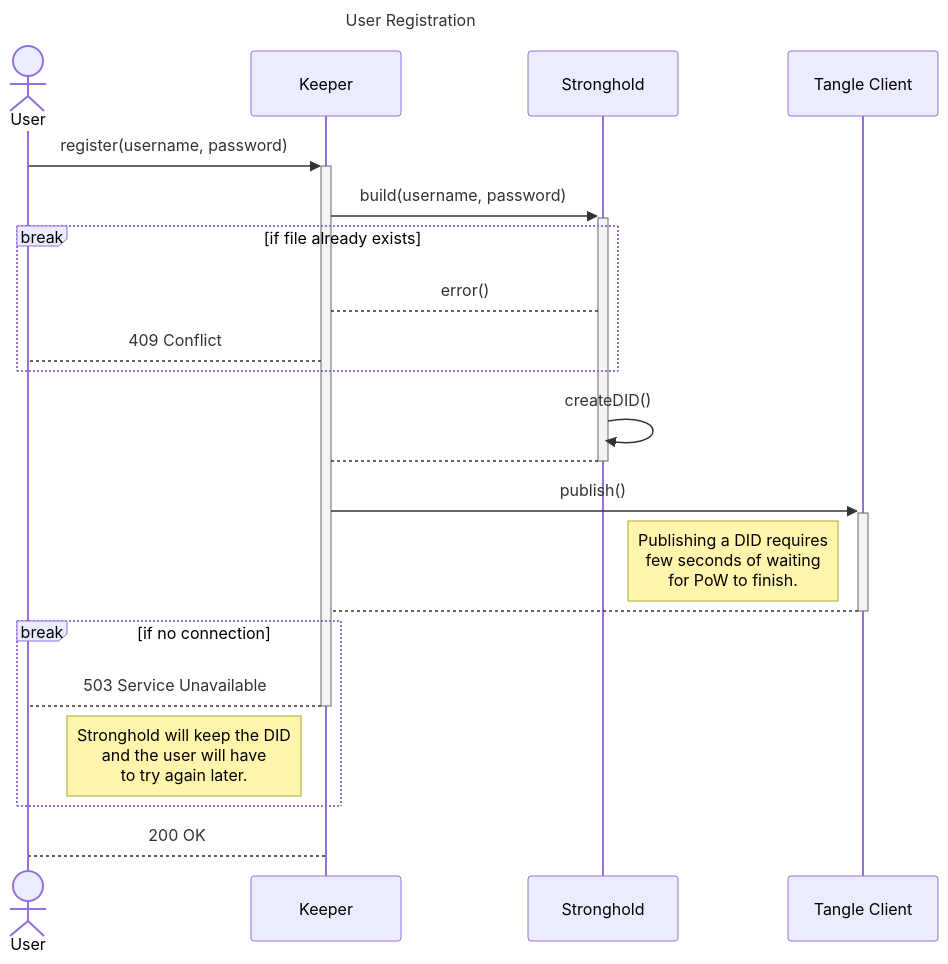
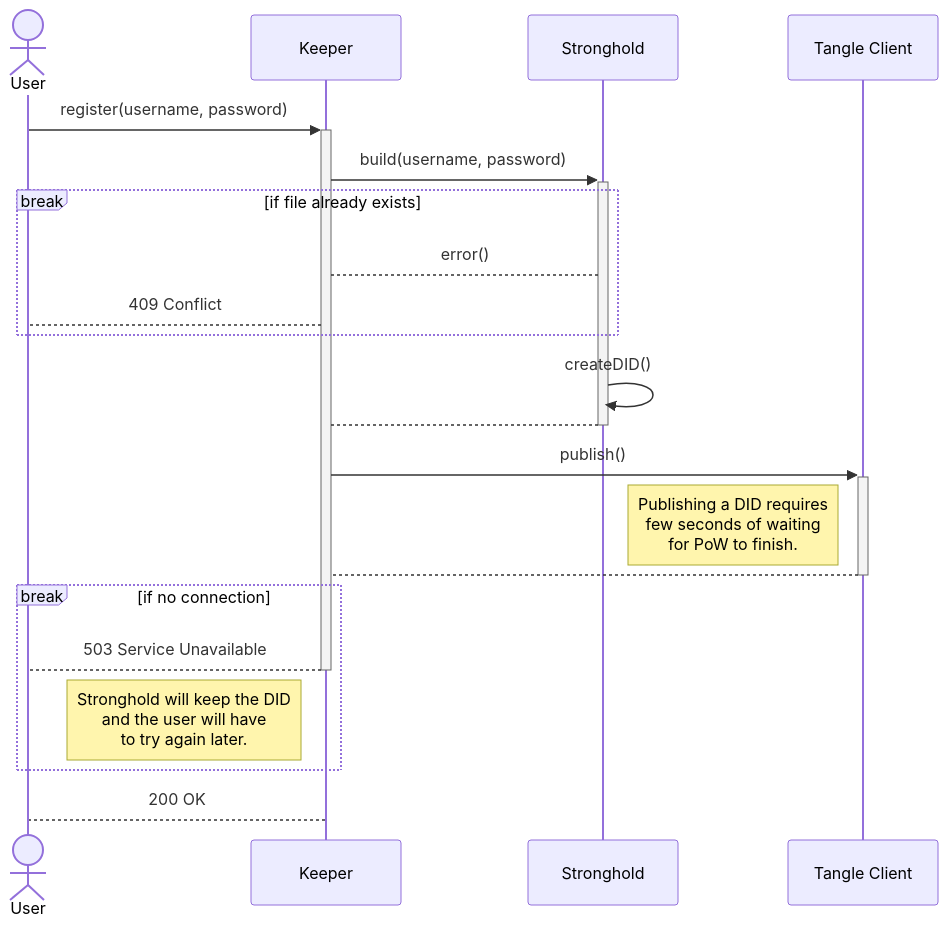
Before and after one commit to kkmarv/IOTA-Digital-Student-ID: the first of 3 diagrams in keeper/README.md, drawn with Mermaid. The commit also changed other lines of this file and 2 other files, not shown here.

Commit message:
remove mermaid header for version compatibility

````diff
--- a/keeper/README.md
+++ b/keeper/README.md
@@ -13,27 +13,27 @@
 ```mermaid
----
-title: User Registration
----
+%%---
+%%title: User Registration
+%%---
 sequenceDiagram
     actor U as User
     participant K as Keeper
     participant S as Stronghold
     participant T as Tangle Client
 
     U->>+K: register(username, password)
     K->>+S: build(username, password)
     break if file already exists
         S-->K: error()
         K-->U: 409 Conflict
     end
     S->>S: createDID()
     S-->-K: 
     K->>+T: publish()
     Note left of T: Publishing a DID requires <br> few seconds of waiting <br> for PoW to finish.
     T-->-K: 
     break if no connection
         K-->-U: 503 Service Unavailable
         Note left of K: Stronghold will keep the DID <br> and the user will have <br> to try again later.
     end
     K-->U: 200 OK
 ```
````
